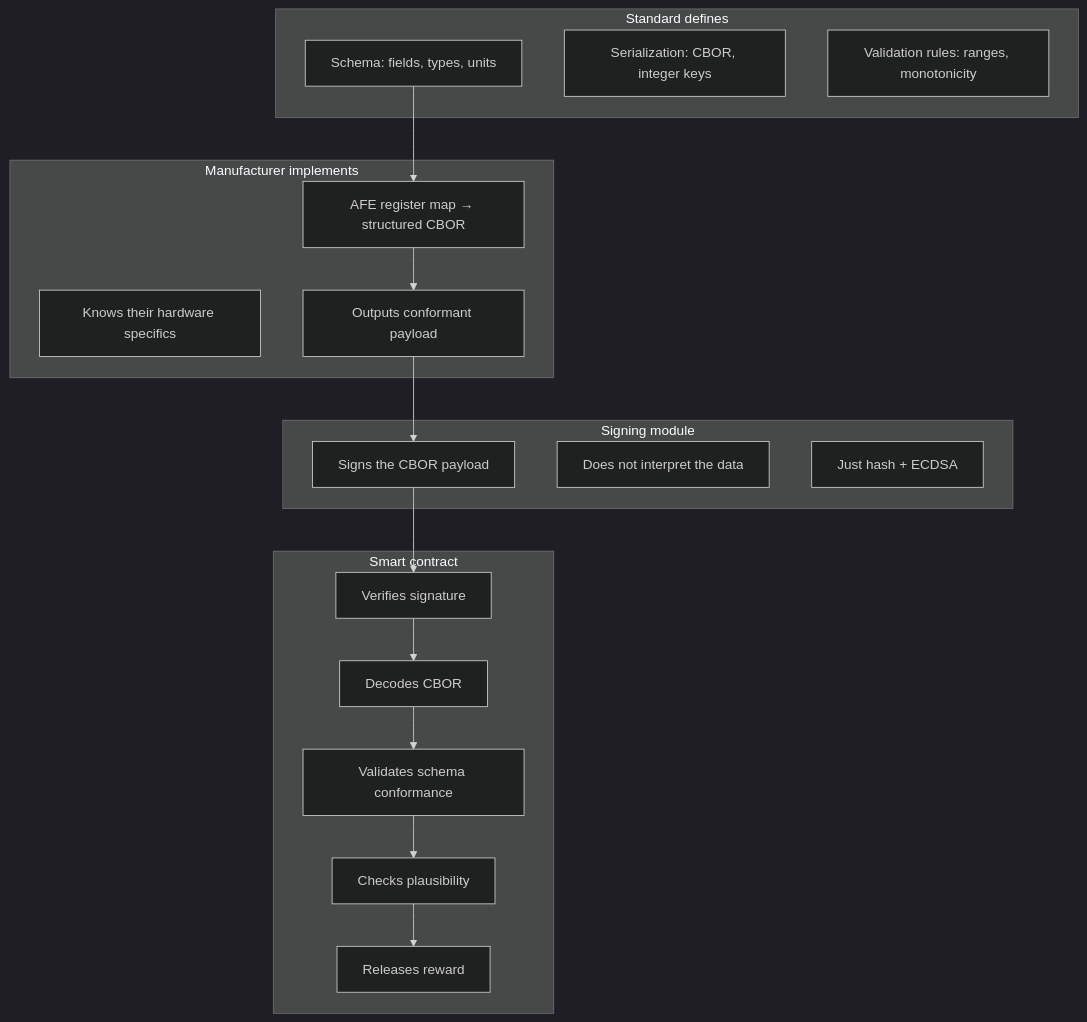
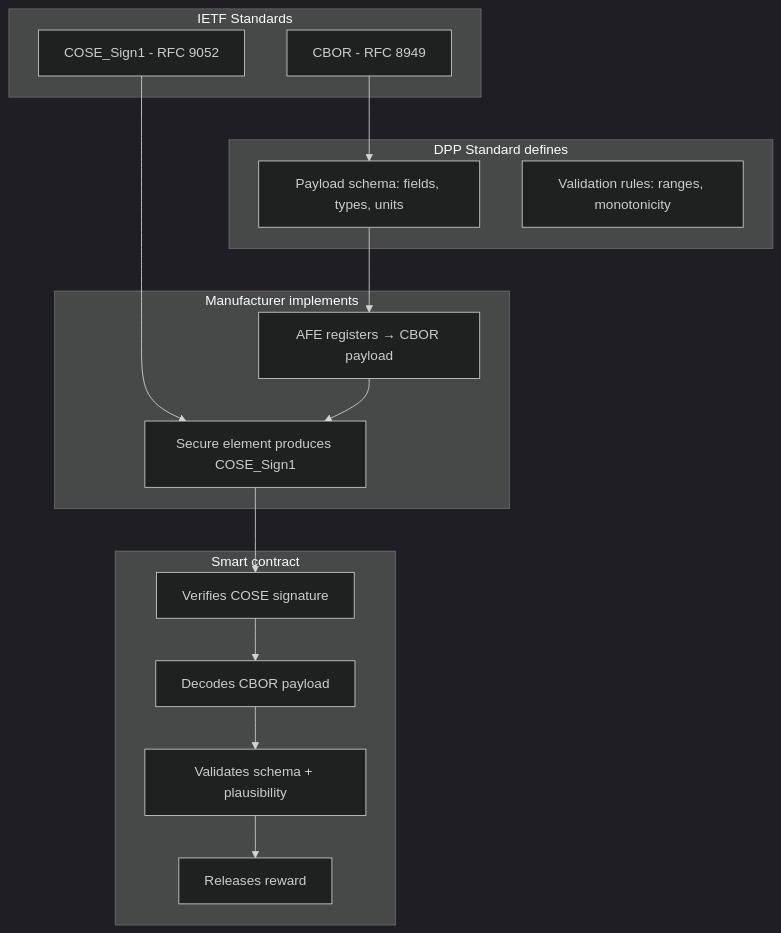
One commit to lambdasistemi/eu-digital-product-passport changed the diagram in docs/cardano/payload-standard.md. Above: the diagram before and after it, drawn with Mermaid (dark theme). The commit also changed other lines of this file, not shown here.

Commit message:
feat: COSE_Sign1 envelope — standard IETF signing over CBOR payload

````diff
--- a/docs/cardano/payload-standard.md
+++ b/docs/cardano/payload-standard.md
@@ -102,34 +203,30 @@
 ```mermaid
 graph TD
-    subgraph "Standard defines"
-        A[Schema: fields, types, units]
-        B[Serialization: CBOR, integer keys]
-        C[Validation rules: ranges, monotonicity]
+    subgraph "IETF Standards"
+        A[CBOR - RFC 8949]
+        B[COSE_Sign1 - RFC 9052]
+    end
+
+    subgraph "DPP Standard defines"
+        C[Payload schema: fields, types, units]
+        D[Validation rules: ranges, monotonicity]
     end
 
     subgraph "Manufacturer implements"
-        D[AFE register map → structured CBOR]
-        E[Knows their hardware specifics]
-        F[Outputs conformant payload]
-    end
-
-    subgraph "Signing module"
-        G[Signs the CBOR payload]
-        H[Does not interpret the data]
-        I[Just hash + ECDSA]
+        E[AFE registers → CBOR payload]
+        F[Secure element produces COSE_Sign1]
     end
 
     subgraph "Smart contract"
-        J[Verifies signature]
-        K[Decodes CBOR]
-        L[Validates schema conformance]
-        M[Checks plausibility]
-        N[Releases reward]
+        G[Verifies COSE signature]
+        H[Decodes CBOR payload]
+        I[Validates schema + plausibility]
+        J[Releases reward]
     end
 
-    A --> D
-    D --> F
-    F --> G
-    G --> J
-    J --> K --> L --> M --> N
+    A --> C
+    B --> F
+    C --> E
+    E --> F
+    F --> G --> H --> I --> J
 ```
````
